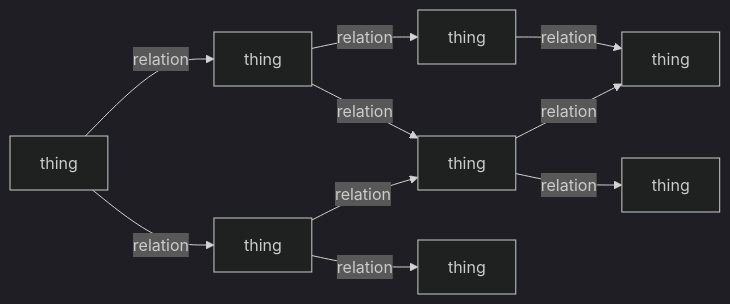
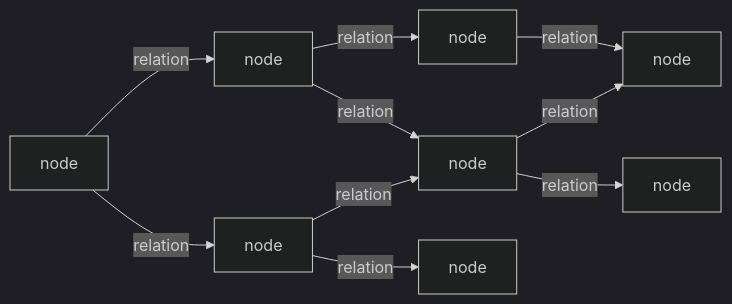
Before and after one commit to jubjub727/PathHydra: the diagram in README.md, drawn with Mermaid (dark theme). The commit also changed other lines of this file and 8 other files, not shown here.

````diff
--- a/README.md
+++ b/README.md
@@ -7,12 +8,12 @@
 ```mermaid
 flowchart LR
-    origin["thing"] -->|relation| a["thing"]
-    origin -->|relation| b["thing"]
-    a -->|relation| c["thing"]
-    a -->|relation| d["thing"]
+    origin["node"] -->|relation| a["node"]
+    origin -->|relation| b["node"]
+    a -->|relation| c["node"]
+    a -->|relation| d["node"]
     b -->|relation| d
-    b -->|relation| e["thing"]
-    c -->|relation| f["thing"]
+    b -->|relation| e["node"]
+    c -->|relation| f["node"]
     d -->|relation| f
-    d -->|relation| g["thing"]
+    d -->|relation| g["node"]
 ```
````
